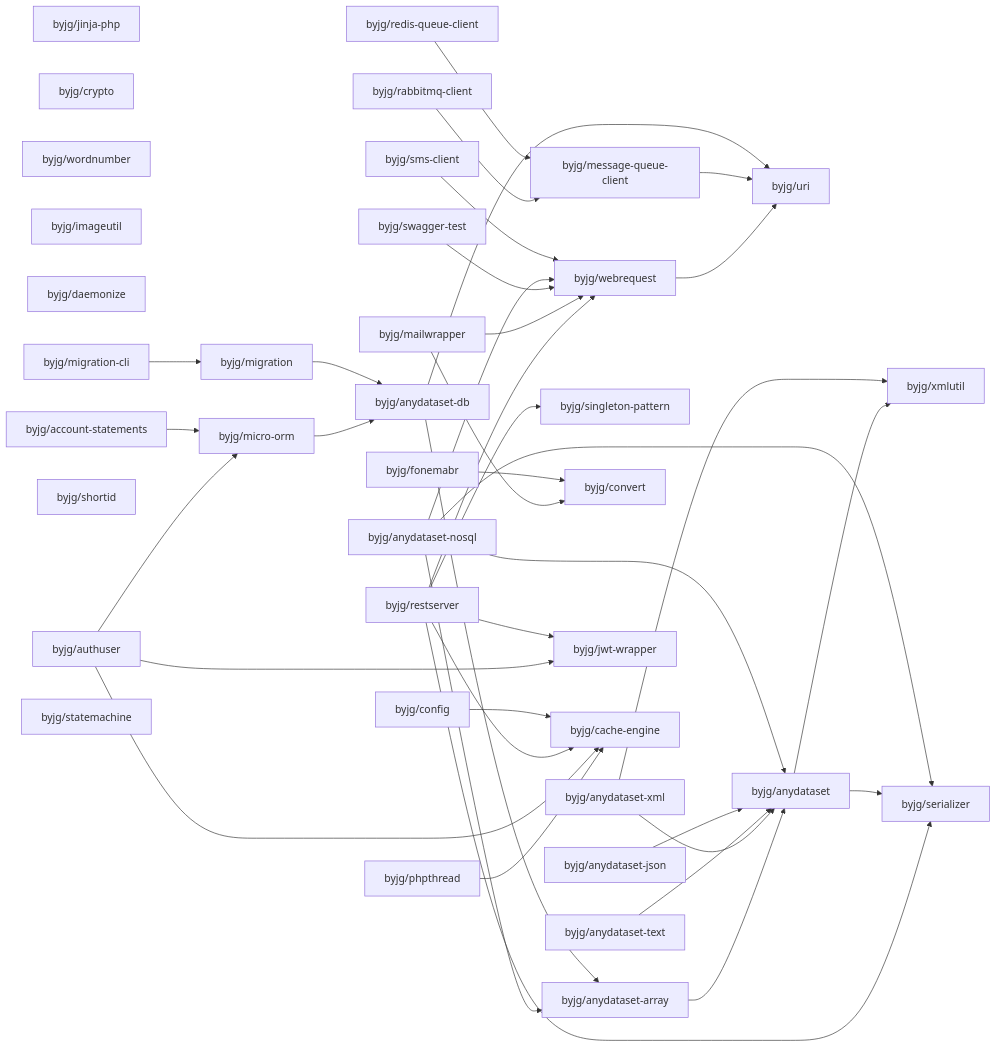
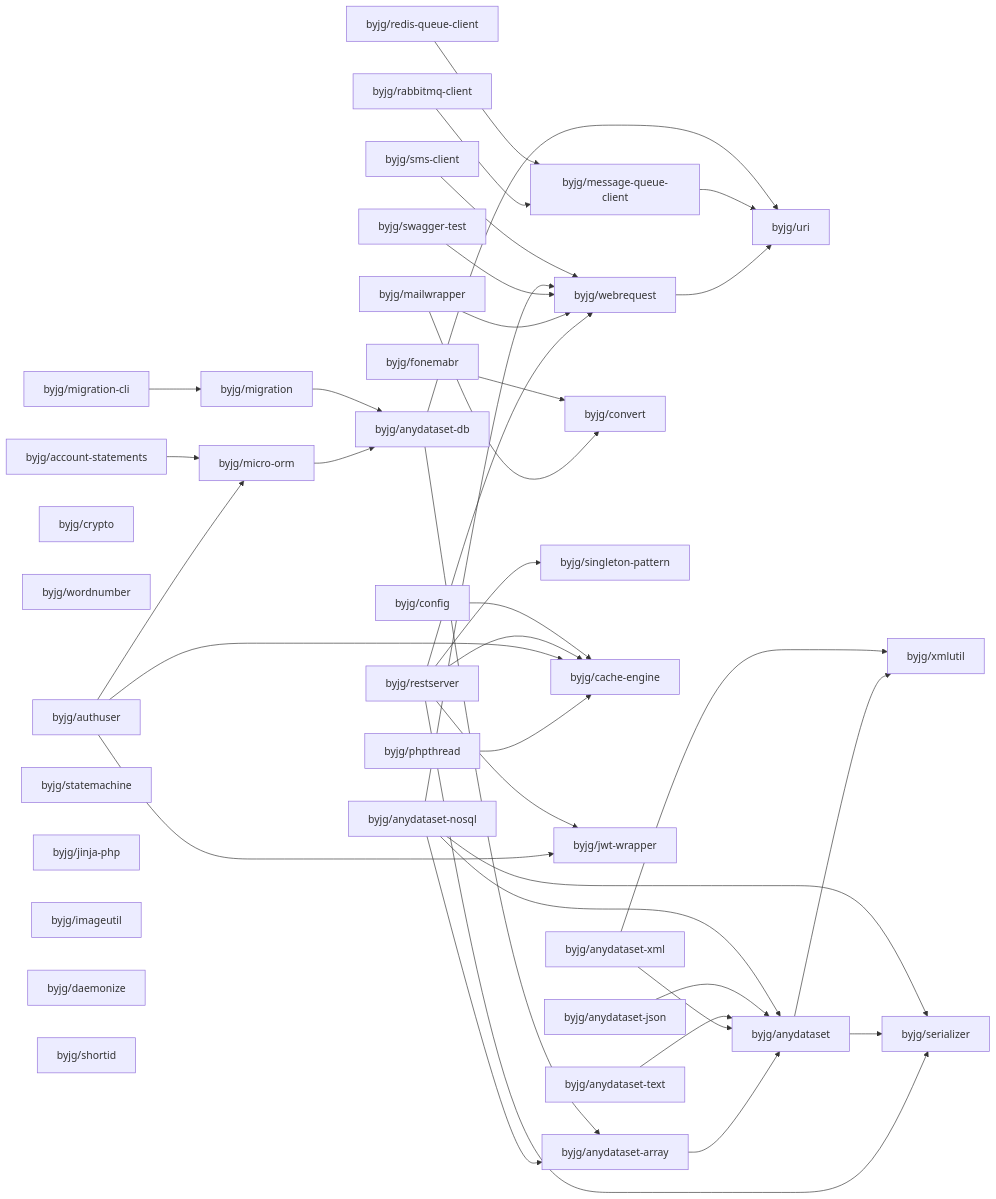
One commit to byjg/byjg.github.io changed the diagram in docs/php/README.md. Above: the diagram before and after it, drawn with Mermaid. The commit also changed other lines of this file and 1 other file, not shown here.

Commit message:
Update documentation 'php' 'php-daemonize'

````diff
--- a/docs/php/README.md
+++ b/docs/php/README.md
@@ -3,76 +3,76 @@
 ```mermaid
 graph LR;
-  byjg/redis-queue-client;
-  byjg/restserver;
-  byjg/jinja-php;
-  byjg/crypto;
-  byjg/swagger-test;
-  byjg/config;
-  byjg/wordnumber;
-  byjg/rabbitmq-client;
-  byjg/fonemabr;
-  byjg/anydataset-text;
-  byjg/mailwrapper;
-  byjg/anydataset-json;
-  byjg/anydataset-nosql;
-  byjg/sms-client;
-  byjg/imageutil;
-  byjg/daemonize;
   byjg/authuser;
   byjg/anydataset-xml;
+  byjg/phpthread;
+  byjg/anydataset-nosql;
+  byjg/config;
+  byjg/account-statements;
+  byjg/crypto;
+  byjg/wordnumber;
+  byjg/fonemabr;
   byjg/migration-cli;
+  byjg/anydataset-json;
+  byjg/statemachine;
+  byjg/jinja-php;
+  byjg/sms-client;
+  byjg/mailwrapper;
+  byjg/rabbitmq-client;
+  byjg/imageutil;
+  byjg/restserver;
+  byjg/redis-queue-client;
+  byjg/anydataset-text;
+  byjg/swagger-test;
+  byjg/daemonize;
   byjg/shortid;
-  byjg/account-statements;
-  byjg/phpthread;
-  byjg/statemachine;
+  byjg/micro-orm;
+  byjg/migration;
+  byjg/convert;
   byjg/singleton-pattern;
+  byjg/cache-engine;
+  byjg/jwt-wrapper;
   byjg/message-queue-client;
-  byjg/convert;
   byjg/webrequest;
-  byjg/jwt-wrapper;
-  byjg/migration;
-  byjg/micro-orm;
-  byjg/cache-engine;
   byjg/anydataset-db;
   byjg/anydataset-array;
   byjg/uri;
   byjg/anydataset;
   byjg/serializer;
   byjg/xmlutil;
   byjg/phpthread --> byjg/cache-engine;
   byjg/micro-orm --> byjg/anydataset-db;
   byjg/authuser --> byjg/micro-orm;
   byjg/authuser --> byjg/cache-engine;
   byjg/authuser --> byjg/jwt-wrapper;
   byjg/anydataset-array --> byjg/anydataset;
   byjg/restserver --> byjg/serializer;
   byjg/restserver --> byjg/singleton-pattern;
   byjg/restserver --> byjg/cache-engine;
   byjg/restserver --> byjg/webrequest;
   byjg/restserver --> byjg/jwt-wrapper;
   byjg/mailwrapper --> byjg/convert;
   byjg/mailwrapper --> byjg/webrequest;
   byjg/swagger-test --> byjg/webrequest;
   byjg/migration --> byjg/anydataset-db;
   byjg/account-statements --> byjg/micro-orm;
   byjg/anydataset --> byjg/serializer;
   byjg/anydataset --> byjg/xmlutil;
   byjg/fonemabr --> byjg/convert;
   byjg/anydataset-xml --> byjg/anydataset;
   byjg/anydataset-xml --> byjg/xmlutil;
   byjg/webrequest --> byjg/uri;
   byjg/config --> byjg/cache-engine;
   byjg/migration-cli --> byjg/migration;
   byjg/anydataset-text --> byjg/anydataset;
   byjg/message-queue-client --> byjg/uri;
   byjg/anydataset-json --> byjg/anydataset;
   byjg/anydataset-nosql --> byjg/anydataset;
   byjg/anydataset-nosql --> byjg/anydataset-array;
   byjg/anydataset-nosql --> byjg/serializer;
   byjg/anydataset-nosql --> byjg/webrequest;
   byjg/anydataset-db --> byjg/anydataset-array;
   byjg/anydataset-db --> byjg/uri;
   byjg/rabbitmq-client --> byjg/message-queue-client;
   byjg/redis-queue-client --> byjg/message-queue-client;
   byjg/sms-client --> byjg/webrequest;
 ```
````
